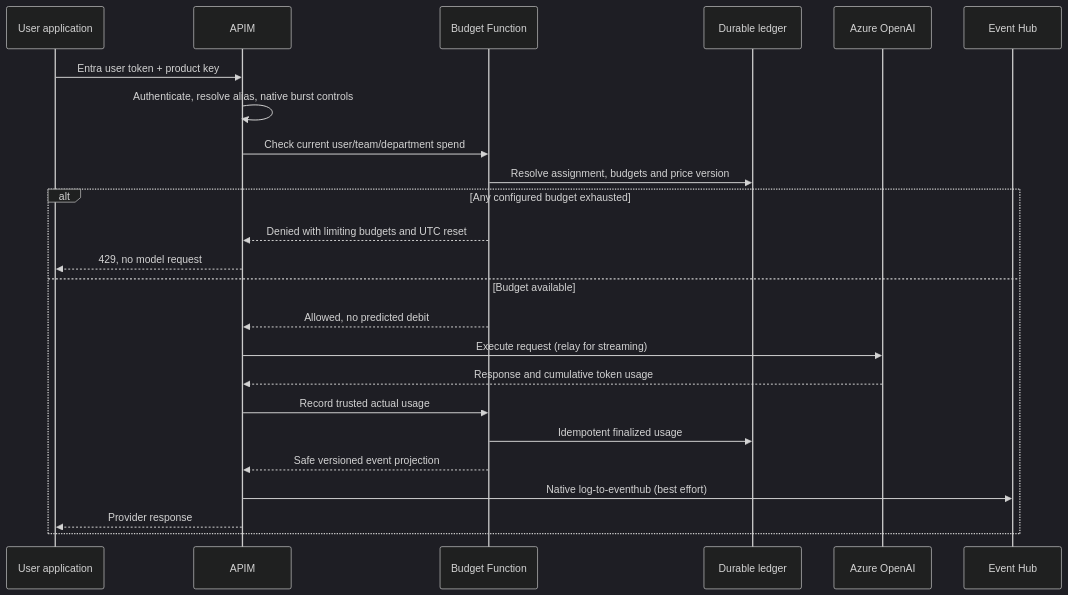
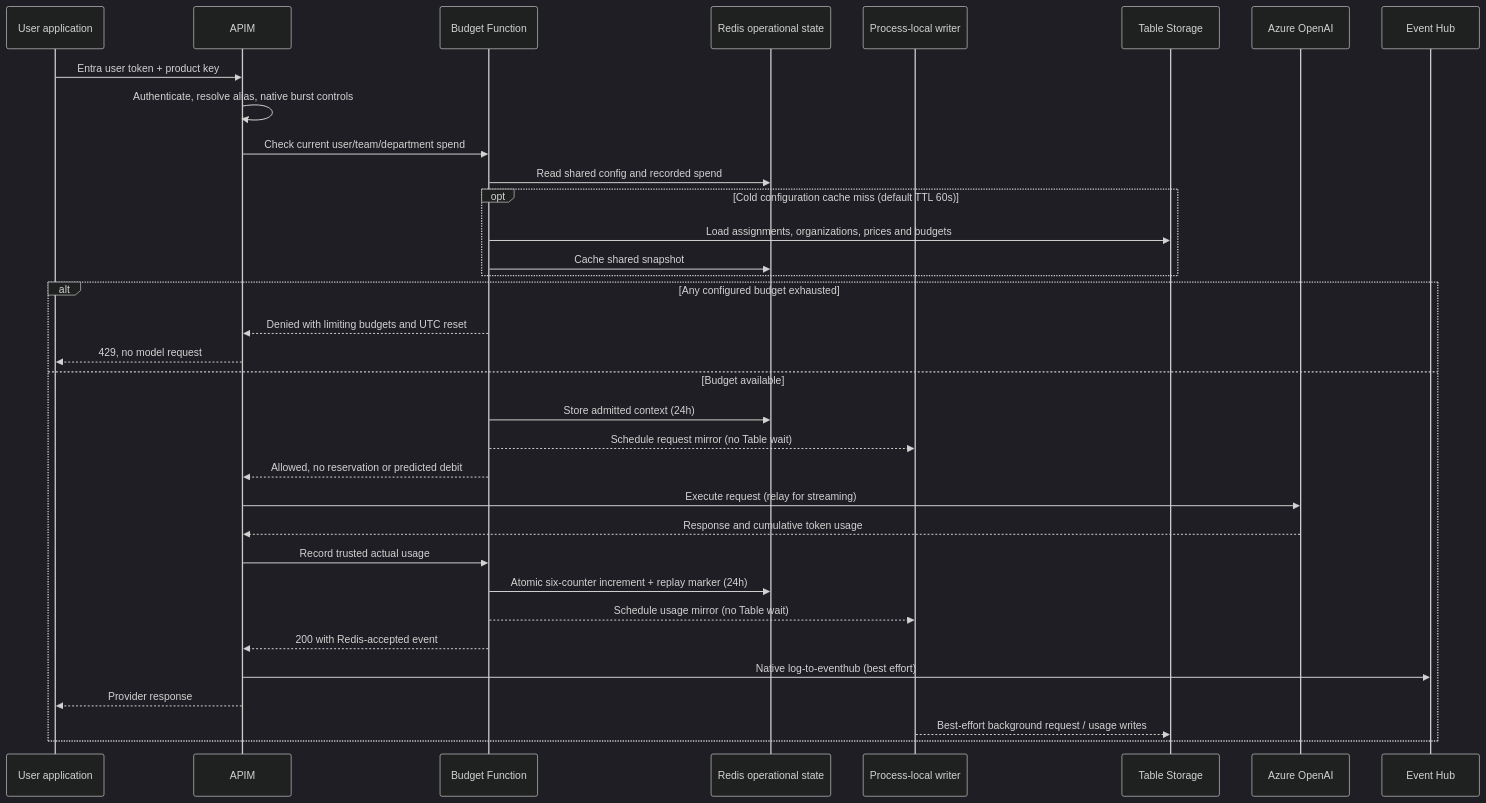
The diagram in ARCHITECTURE.md (jordanbean-msft/apim-rate-limit-foundry), drawn with Mermaid (dark theme) before and after one commit. The commit also changed other lines of this file and 19 other files, not shown here.

First line of the commit message:
docs: explain Redis-first budgets and telemetry operations

````diff
--- a/ARCHITECTURE.md
+++ b/ARCHITECTURE.md
@@ -26,26 +26,36 @@
 ```mermaid
 sequenceDiagram
     participant C as User application
     participant A as APIM
     participant F as Budget Function
-    participant T as Durable ledger
+    participant R as Redis operational state
+    participant W as Process-local writer
+    participant T as Table Storage
     participant O as Azure OpenAI
     participant E as Event Hub
     C->>A: Entra user token + product key
     A->>A: Authenticate, resolve alias, native burst controls
     A->>F: Check current user/team/department spend
-    F->>T: Resolve assignment, budgets and price version
+    F->>R: Read shared config and recorded spend
+    opt Cold configuration cache miss (default TTL 60s)
+        F->>T: Load assignments, organizations, prices and budgets
+        F->>R: Cache shared snapshot
+    end
     alt Any configured budget exhausted
         F-->>A: Denied with limiting budgets and UTC reset
         A-->>C: 429, no model request
     else Budget available
-        F-->>A: Allowed, no predicted debit
+        F->>R: Store admitted context (24h)
+        F-->>W: Schedule request mirror (no Table wait)
+        F-->>A: Allowed, no reservation or predicted debit
         A->>O: Execute request (relay for streaming)
         O-->>A: Response and cumulative token usage
         A->>F: Record trusted actual usage
-        F->>T: Idempotent finalized usage
-        F-->>A: Safe versioned event projection
+        F->>R: Atomic six-counter increment + replay marker (24h)
+        F-->>W: Schedule usage mirror (no Table wait)
+        F-->>A: 200 with Redis-accepted event
         A->>E: Native log-to-eventhub (best effort)
         A-->>C: Provider response
+        W-->>T: Best-effort background request / usage writes
     end
 ```
````
